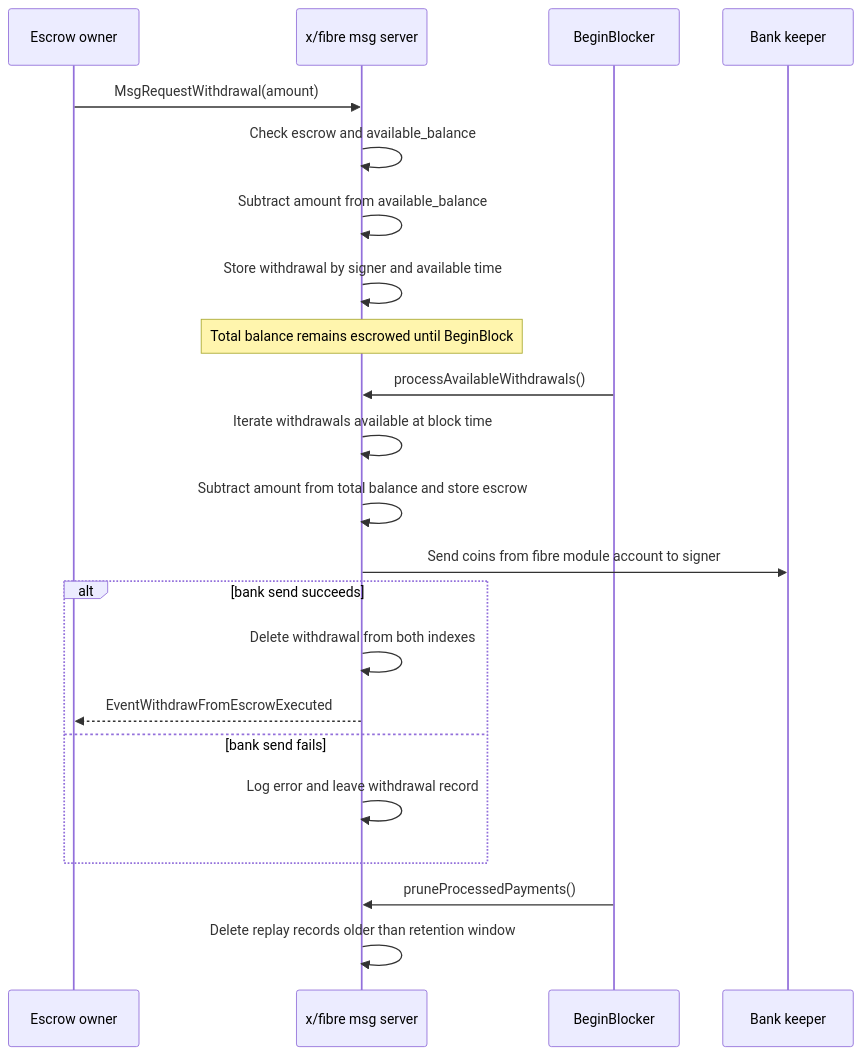
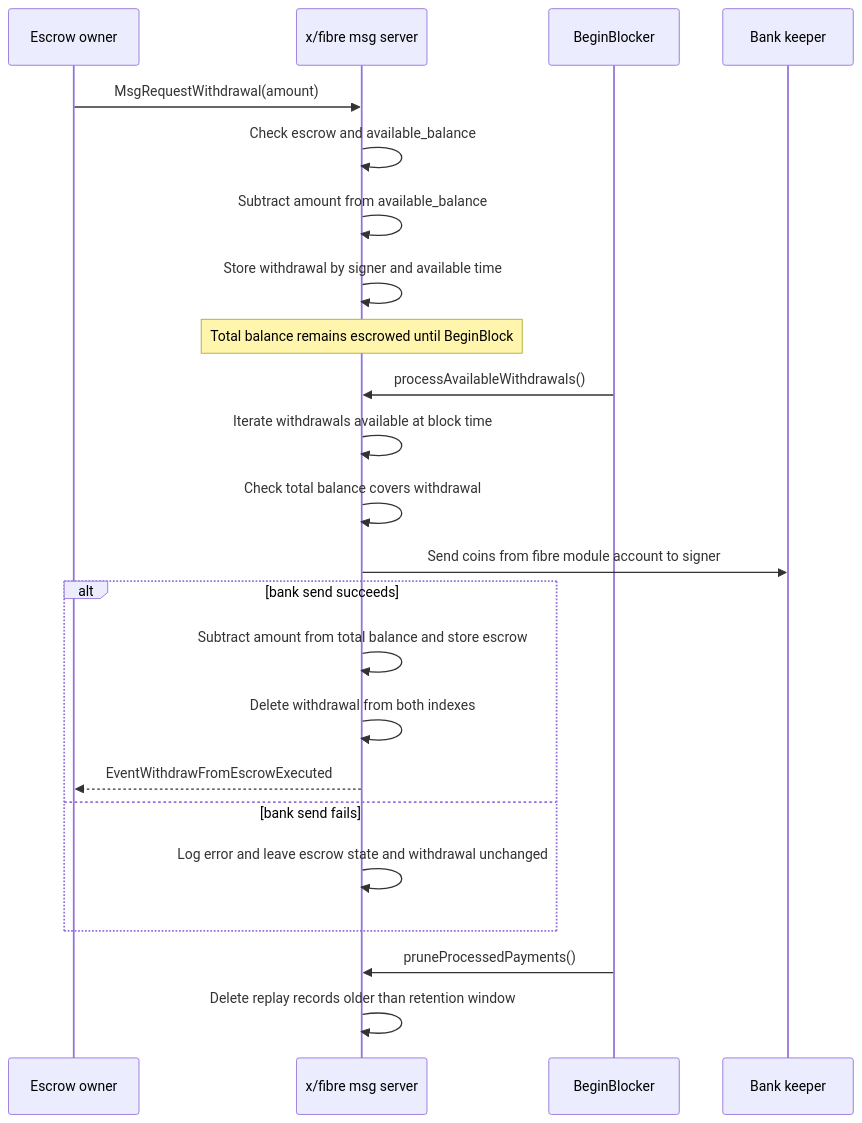
The second of 2 diagrams in specs/src/fibre_module.md (celestiaorg/celestia-app), drawn with Mermaid before and after one commit. The commit also changed other lines of this file, not shown here.

Commit message:
docs(fibre): align withdrawal BeginBlocker spec with bank-first order

````diff
--- a/specs/src/fibre_module.md
+++ b/specs/src/fibre_module.md
@@ -63,27 +63,28 @@
 ```mermaid
 sequenceDiagram
     participant C as Escrow owner
     participant M as x/fibre msg server
     participant B as BeginBlocker
     participant Bank as Bank keeper
 
     C->>M: MsgRequestWithdrawal(amount)
     M->>M: Check escrow and available_balance
     M->>M: Subtract amount from available_balance
     M->>M: Store withdrawal by signer and available time
     Note over M: Total balance remains escrowed until BeginBlock
 
     B->>M: processAvailableWithdrawals()
     M->>M: Iterate withdrawals available at block time
-    M->>M: Subtract amount from total balance and store escrow
+    M->>M: Check total balance covers withdrawal
     M->>Bank: Send coins from fibre module account to signer
     alt bank send succeeds
+        M->>M: Subtract amount from total balance and store escrow
         M->>M: Delete withdrawal from both indexes
         M-->>C: EventWithdrawFromEscrowExecuted
     else bank send fails
-        M->>M: Log error and leave withdrawal record
+        M->>M: Log error and leave escrow state and withdrawal unchanged
     end
 
     B->>M: pruneProcessedPayments()
     M->>M: Delete replay records older than retention window
 ```
````
